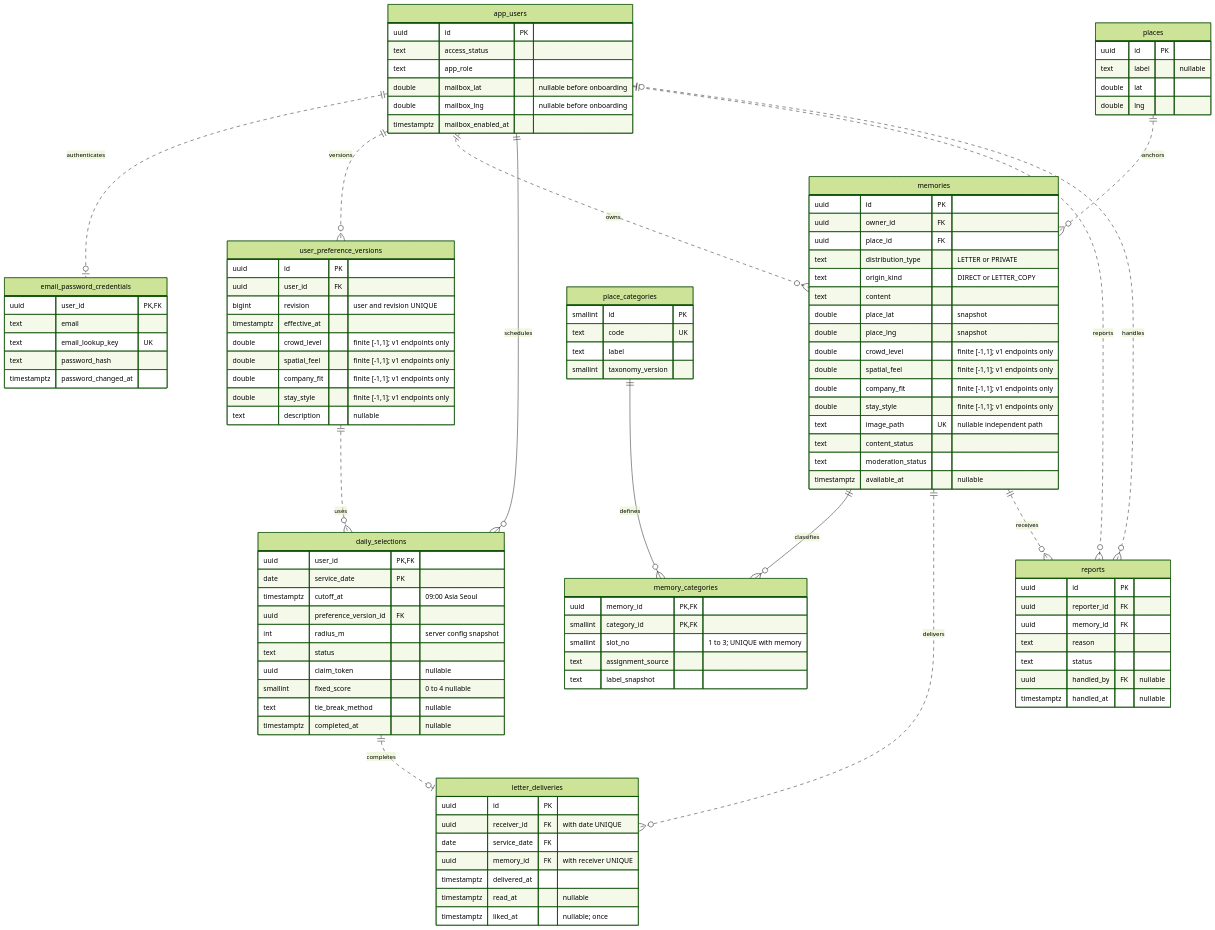
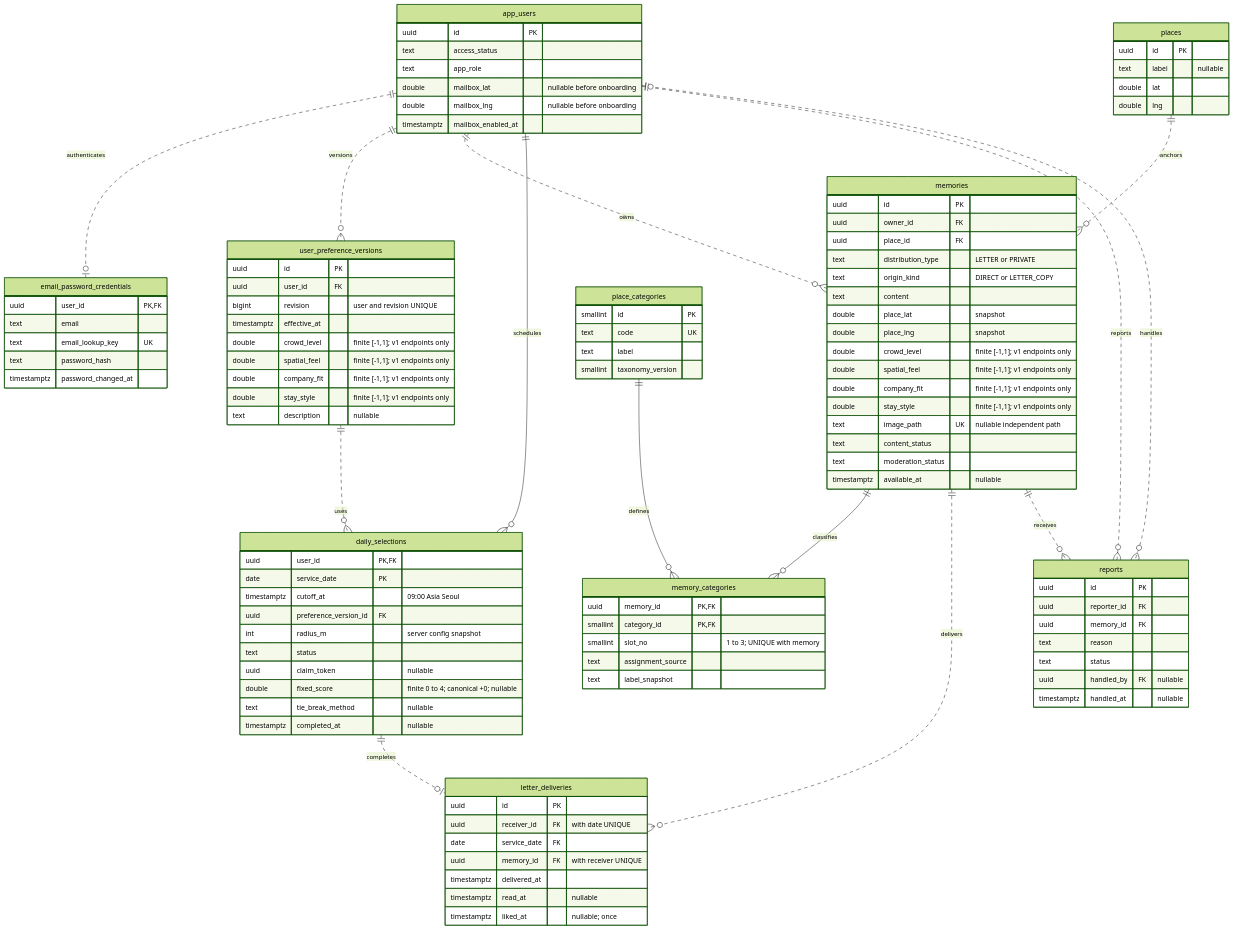
Before and after one commit to KOSSCCHTHON-Team4/Backend: the diagram in docs/ERD.md, drawn with Mermaid (forest theme). The commit also changed other lines of this file and 3 other files, not shown here.

```diff
--- a/docs/ERD.md
+++ b/docs/ERD.md
@@ -151,7 +151,7 @@
         int radius_m "server config snapshot"
         text status
         uuid claim_token "nullable"
-        smallint fixed_score "0 to 4 nullable"
+        double fixed_score "finite 0 to 4; canonical +0; nullable"
         text tie_break_method "nullable"
         timestamptz completed_at "nullable"
     }
```
